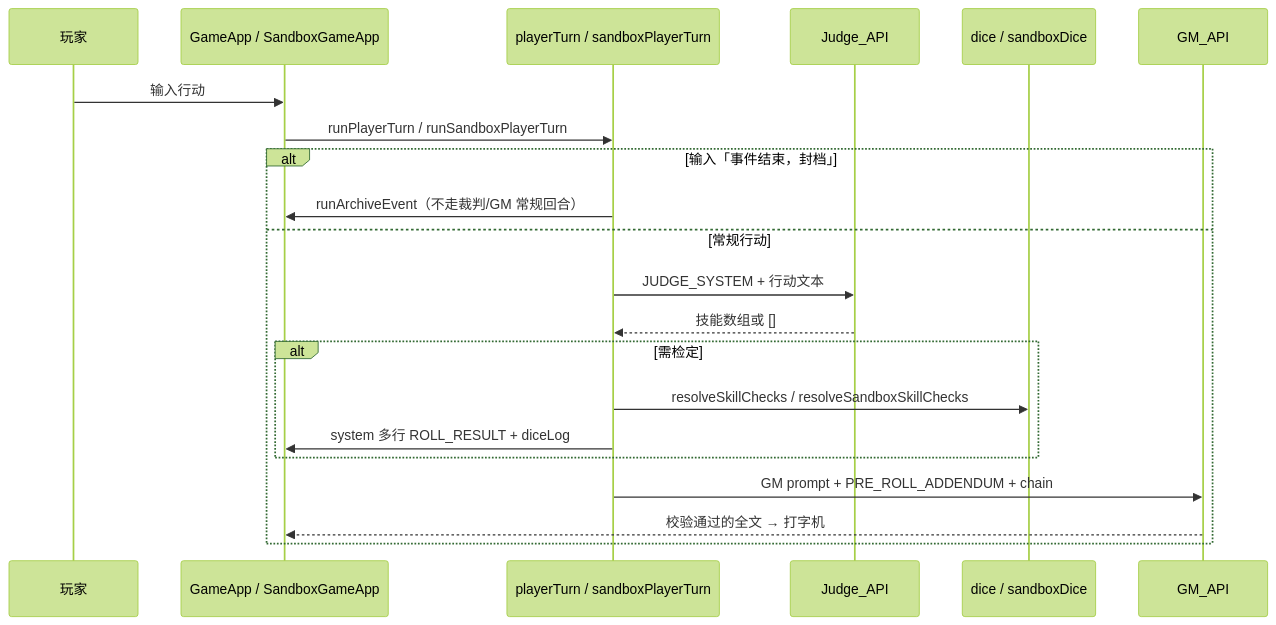
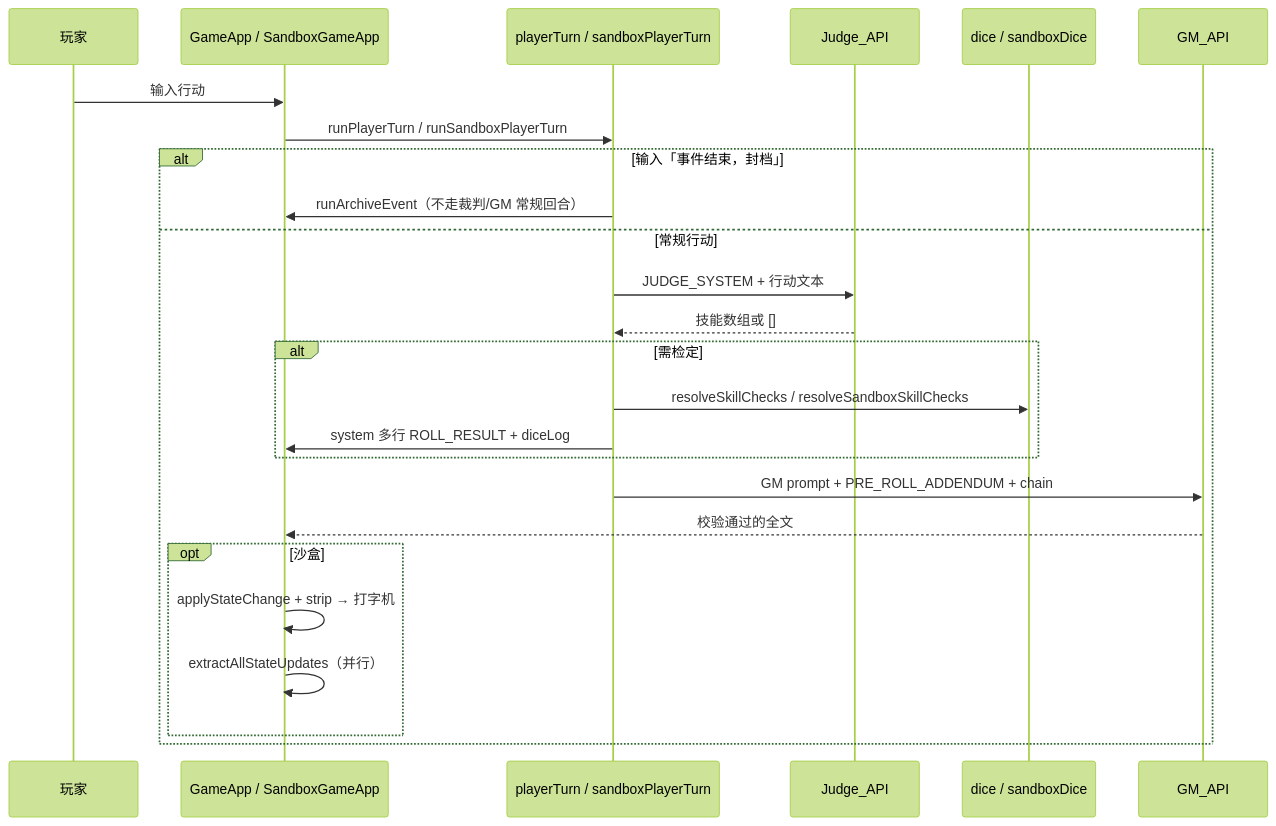
Before and after one commit to heyixigu/coc: the fourth of 4 diagrams in AI_ONBOARDING.md, drawn with Mermaid (forest theme). The commit also changed other lines of this file and 15 other files, not shown here.

````diff
--- a/AI_ONBOARDING.md
+++ b/AI_ONBOARDING.md
@@ -169,24 +192,28 @@
 ```mermaid
 sequenceDiagram
   participant U as 玩家
   participant App as GameApp / SandboxGameApp
   participant PT as playerTurn / sandboxPlayerTurn
   participant J as Judge_API
   participant C as dice / sandboxDice
   participant GM as GM_API
 
   U->>App: 输入行动
   App->>PT: runPlayerTurn / runSandboxPlayerTurn
   alt 输入「事件结束，封档」
     PT->>App: runArchiveEvent（不走裁判/GM 常规回合）
   else 常规行动
     PT->>J: JUDGE_SYSTEM + 行动文本
     J-->>PT: 技能数组或 []
     alt 需检定
       PT->>C: resolveSkillChecks / resolveSandboxSkillChecks
       PT->>App: system 多行 ROLL_RESULT + diceLog
     end
     PT->>GM: GM prompt + PRE_ROLL_ADDENDUM + chain
-    GM-->>App: 校验通过的全文 → 打字机
+    GM-->>App: 校验通过的全文
+    opt 沙盒
+      App->>App: applyStateChange + strip → 打字机
+      App->>App: extractAllStateUpdates（并行）
+    end
   end
 ```
````
